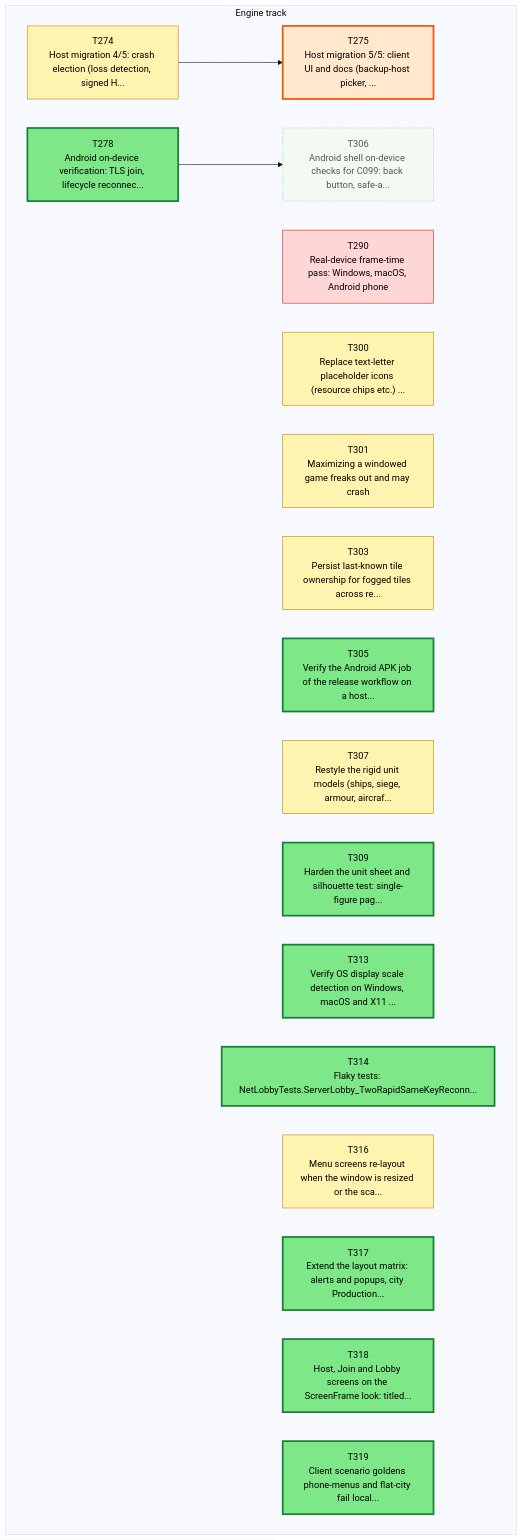
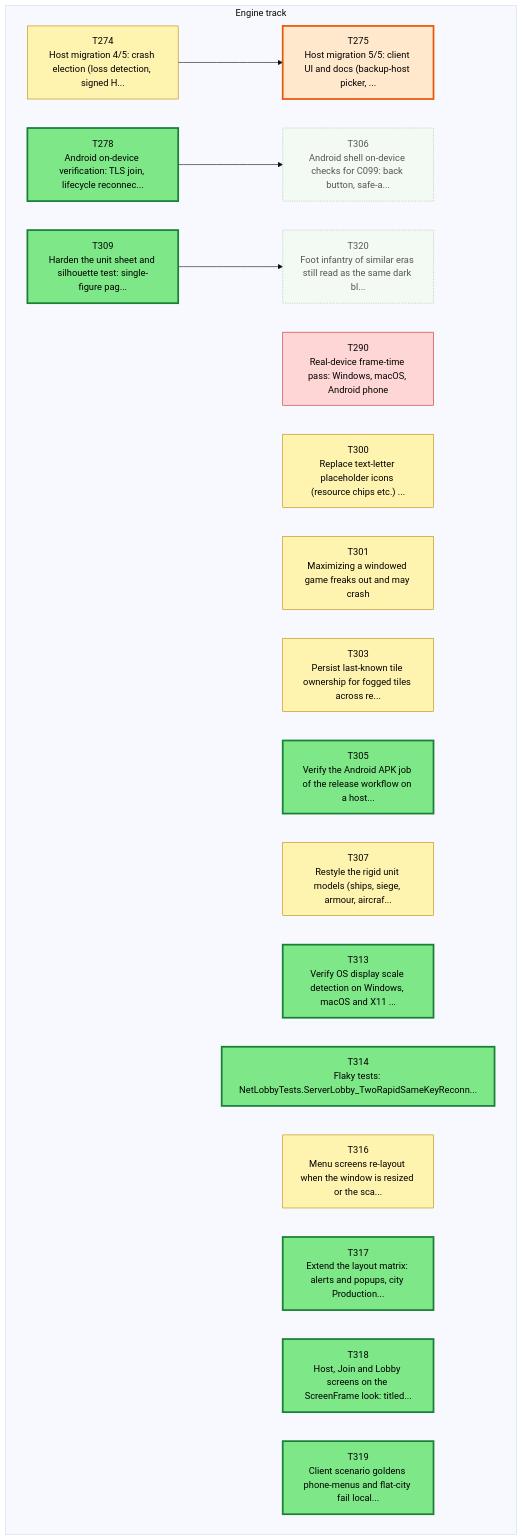
The first of 3 diagrams in csharp/migration/DEPENDENCY_MAP.md (Kenmura/Unciv), drawn with Mermaid (base theme) before and after one commit. The commit also changed other lines of this file and 2 other files, not shown here.

First line of the commit message:
migration: file ticket for similar foot infantry at default zoom (T315 review) [Claude]

````diff
--- a/csharp/migration/DEPENDENCY_MAP.md
+++ b/csharp/migration/DEPENDENCY_MAP.md
@@ -35,48 +35,51 @@
 ```mermaid
 flowchart TD
   subgraph TTRACK["Engine track"]
     T274["T274<br/>Host migration 4/5: crash election (loss detection, signed H..."]
     T275["T275<br/>Host migration 5/5: client UI and docs (backup-host picker, ..."]
     T278["T278<br/>Android on-device verification: TLS join, lifecycle reconnec..."]
     T290["T290<br/>Real-device frame-time pass: Windows, macOS, Android phone"]
     T300["T300<br/>Replace text-letter placeholder icons (resource chips etc.) ..."]
     T301["T301<br/>Maximizing a windowed game freaks out and may crash"]
     T303["T303<br/>Persist last-known tile ownership for fogged tiles across re..."]
     T305["T305<br/>Verify the Android APK job of the release workflow on a host..."]
     T306["T306<br/>Android shell on-device checks for C099: back button, safe-a..."]
     T307["T307<br/>Restyle the rigid unit models (ships, siege, armour, aircraf..."]
     T309["T309<br/>Harden the unit sheet and silhouette test: single-figure pag..."]
     T313["T313<br/>Verify OS display scale detection on Windows, macOS and X11 ..."]
     T314["T314<br/>Flaky tests: NetLobbyTests.ServerLobby_TwoRapidSameKeyReconn..."]
     T316["T316<br/>Menu screens re-layout when the window is resized or the sca..."]
     T317["T317<br/>Extend the layout matrix: alerts and popups, city Production..."]
     T318["T318<br/>Host, Join and Lobby screens on the ScreenFrame look: titled..."]
     T319["T319<br/>Client scenario goldens phone-menus and flat-city fail local..."]
+    T320["T320<br/>Foot infantry of similar eras still read as the same dark bl..."]
   end
   T274 --> T275
   T278 --> T306
+  T309 --> T320
   classDef waiting fill:#f3faf3,stroke:#9bc49b,color:#555,stroke-dasharray:2 2
   classDef ondeck fill:#ffe8cc,stroke:#e8590c,stroke-width:3px,color:#000
   classDef ready fill:#7ee787,stroke:#1a7f37,stroke-width:3px,color:#000
   classDef prog fill:#fff3b0,stroke:#b58900,color:#000
   classDef review fill:#cfe4ff,stroke:#1f6feb,color:#000
   classDef blocked fill:#ffd6d6,stroke:#c62828,color:#000
   classDef done fill:#eeeeee,stroke:#999999,color:#666,stroke-dasharray:4 3
   class T274 prog
   class T275 ondeck
   class T278 ready
   class T290 blocked
   class T300 prog
   class T301 prog
   class T303 prog
   class T305 ready
   class T306 waiting
   class T307 prog
   class T309 ready
   class T313 ready
   class T314 ready
   class T316 prog
   class T317 ready
   class T318 ready
   class T319 ready
+  class T320 waiting
 ```
````
